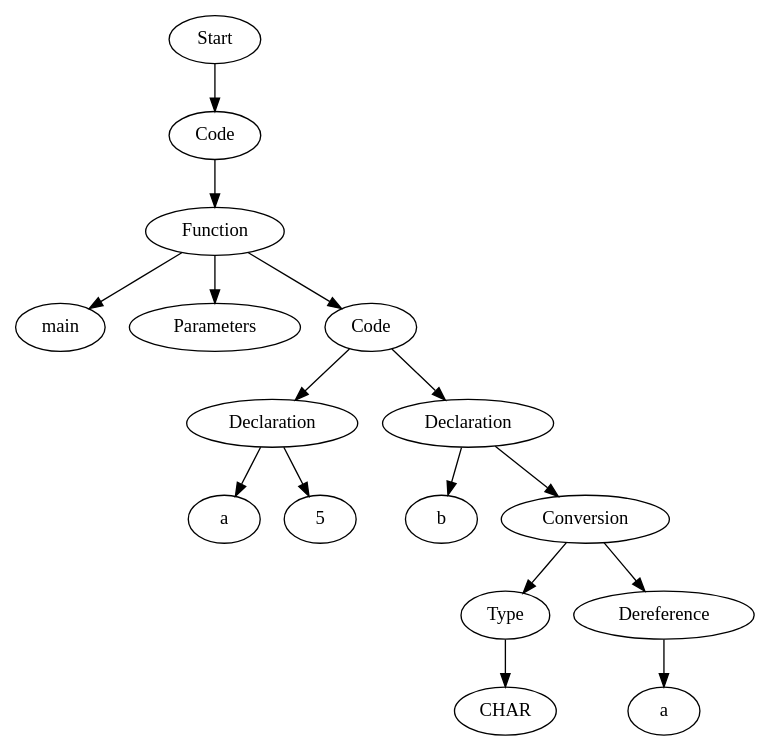
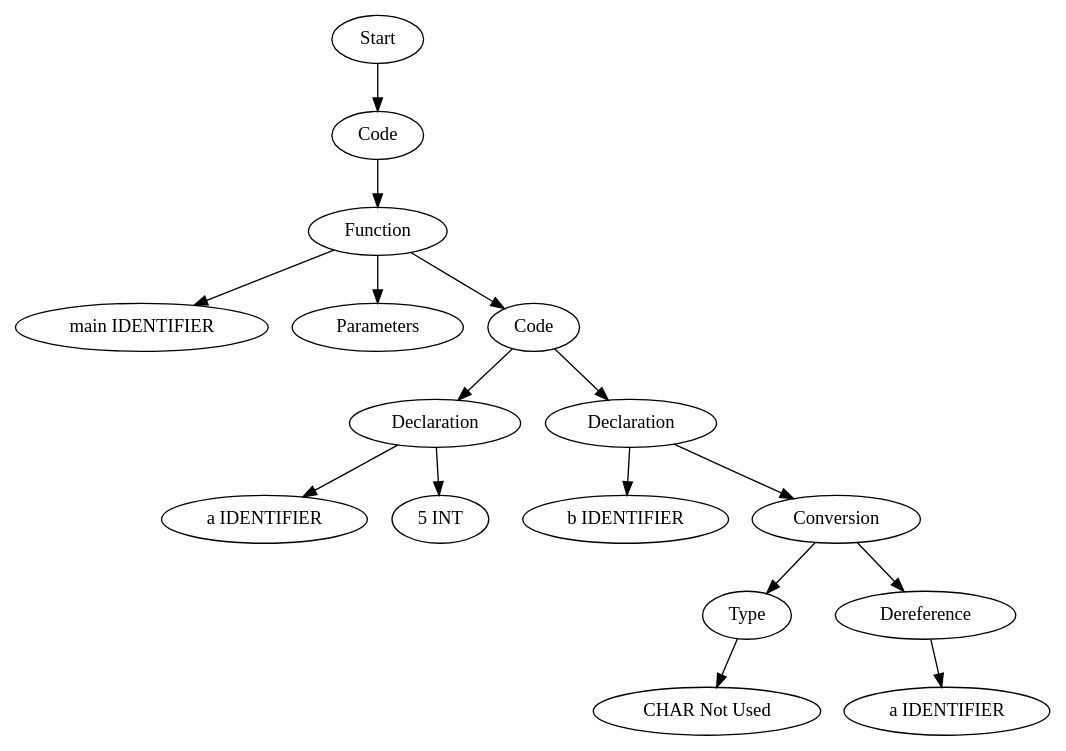
One commit to Are-you-listening/Compilers changed the diagram in TestCases/ASTTests/ConversionTests/createTests/read_file_after.dot. Above: the diagram before and after it, drawn with Graphviz. The commit also changed 208 other files, not shown here.

```diff
--- a/TestCases/ASTTests/ConversionTests/createTests/read_file_after.dot
+++ b/TestCases/ASTTests/ConversionTests/createTests/read_file_after.dot
@@ -1,33 +1,33 @@
 digraph AST {
-  "127356730778064" [label="Start"];
-  "127356730778064" -> "127356730776480";
-  "127356730776480" [label="Code"];
-  "127356730776480" -> "127356730772208";
-  "127356730772208" [label="Function"];
-  "127356730772208" -> "127356730782720";
-  "127356730772208" -> "127356730782864";
-  "127356730772208" -> "127356730769568";
-  "127356730782720" [label="main"];
-  "127356730782864" [label="Parameters"];
-  "127356730769568" [label="Code"];
-  "127356730769568" -> "127356730772640";
-  "127356730769568" -> "127356730777776";
-  "127356730772640" [label="Declaration"];
-  "127356730772640" -> "127356730777056";
-  "127356730772640" -> "127356730775520";
-  "127356730777056" [label="a"];
-  "127356730775520" [label="5"];
-  "127356730777776" [label="Declaration"];
-  "127356730777776" -> "127356730784400";
-  "127356730777776" -> "127356730784208";
-  "127356730784400" [label="b"];
-  "127356730784208" [label="Conversion"];
-  "127356730784208" -> "127356730784304";
-  "127356730784208" -> "127356730784112";
-  "127356730784304" [label="Type"];
-  "127356730784304" -> "127356730784160";
-  "127356730784160" [label="CHAR"];
-  "127356730784112" [label="Dereference"];
-  "127356730784112" -> "127356730784256";
-  "127356730784256" [label="a"];
+  "135225300660000" [label="Start"];
+  "135225300660000" -> "135225300658752";
+  "135225300658752" [label="Code"];
+  "135225300658752" -> "135225300660768";
+  "135225300660768" [label="Function"];
+  "135225300660768" -> "135225300660864";
+  "135225300660768" -> "135225300658080";
+  "135225300660768" -> "135225300662688";
+  "135225300660864" [label="main IDENTIFIER"];
+  "135225300658080" [label="Parameters"];
+  "135225300662688" [label="Code"];
+  "135225300662688" -> "135225300648624";
+  "135225300662688" -> "135225300661584";
+  "135225300648624" [label="Declaration"];
+  "135225300648624" -> "135225300653040";
+  "135225300648624" -> "135225300653184";
+  "135225300653040" [label="a IDENTIFIER"];
+  "135225300653184" [label="5 INT"];
+  "135225300661584" [label="Declaration"];
+  "135225300661584" -> "135225300652992";
+  "135225300661584" -> "135225300649680";
+  "135225300652992" [label="b IDENTIFIER"];
+  "135225300649680" [label="Conversion"];
+  "135225300649680" -> "135225300659856";
+  "135225300649680" -> "135225300661296";
+  "135225300659856" [label="Type"];
+  "135225300659856" -> "135225300660480";
+  "135225300660480" [label="CHAR Not Used"];
+  "135225300661296" [label="Dereference"];
+  "135225300661296" -> "135225300661200";
+  "135225300661200" [label="a IDENTIFIER"];
 }
```
